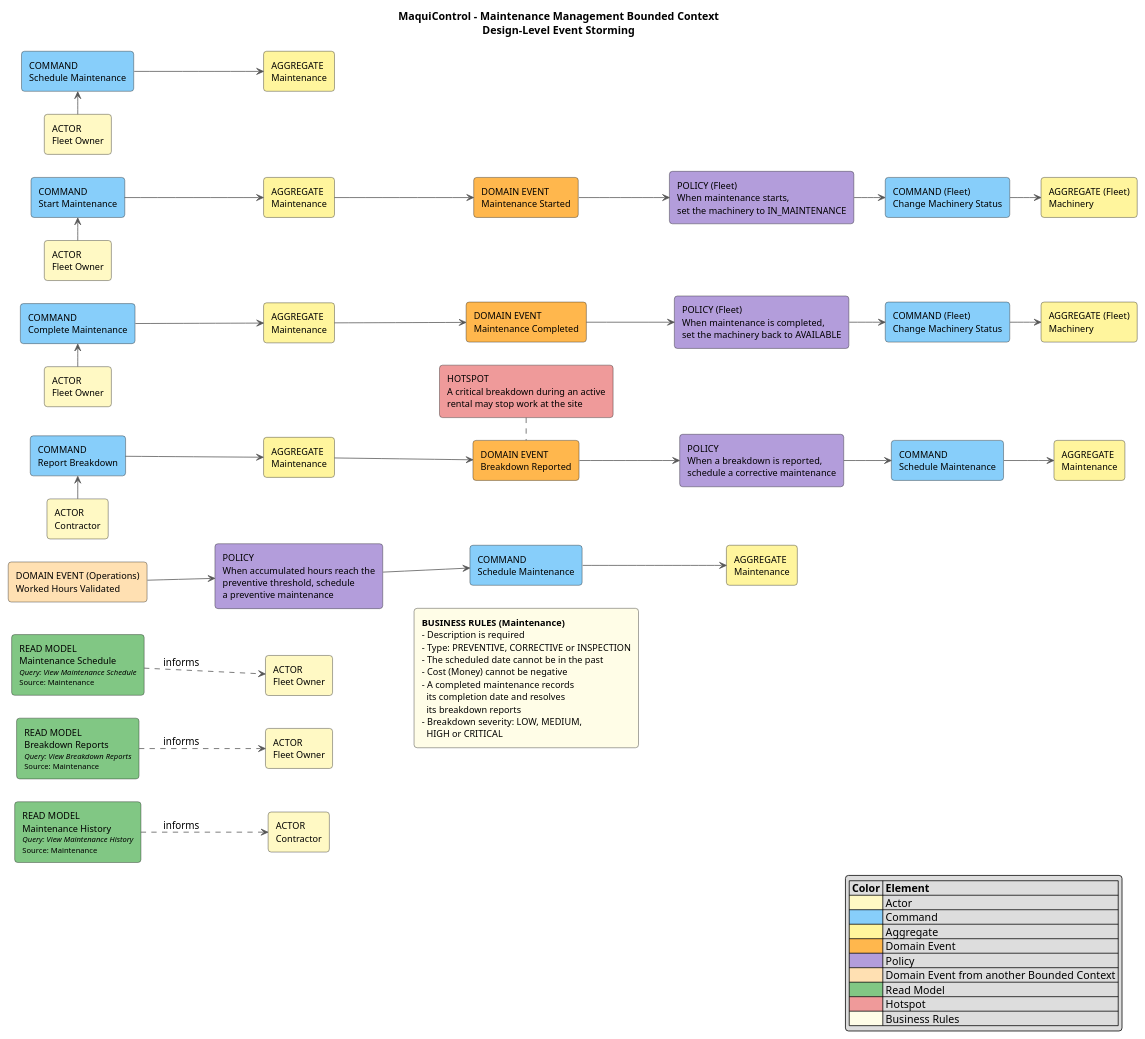
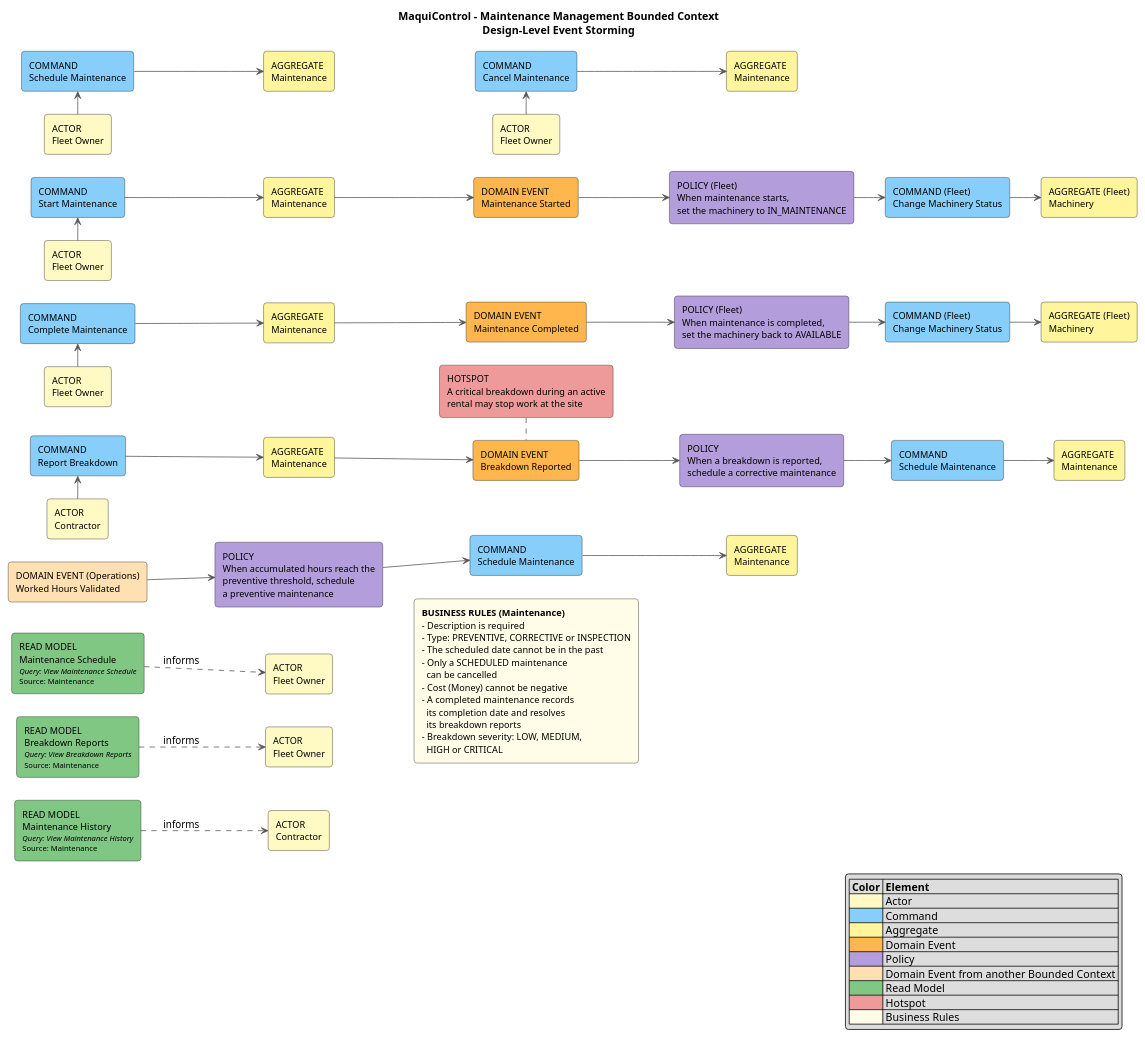
One commit to upc-pre-202620-1asi0729-7750-heavytech/maquicontrol-report changed the diagram in docs/architecture/event-storming/maintenance-management-design-level.puml. Above: the diagram before and after it, drawn with PlantUML. The commit also changed 5 other files, not shown here.

Commit message:
docs(event-storming): add cancel maintenance and align profile creation and sign-up roles with the backend

```diff
--- a/docs/architecture/event-storming/maintenance-management-design-level.puml
+++ b/docs/architecture/event-storming/maintenance-management-design-level.puml
@@ -1,101 +1,107 @@
 @startuml
 title MaquiControl - Maintenance Management Bounded Context\nDesign-Level Event Storming
 
 left to right direction
 skinparam shadowing false
 skinparam roundcorner 8
 skinparam defaultFontName Arial
 skinparam rectangleFontSize 12
 skinparam ArrowColor #555555
 skinparam noteBorderColor #BDB76B
 skinparam nodesep 30
 skinparam ranksep 40
 
 rectangle "COMMAND\nSchedule Maintenance" as CMD_1 #87CEFA
 rectangle "ACTOR\nFleet Owner" as ACT_2 #FFF9C4
 ACT_2 -left-> CMD_1
 rectangle "AGGREGATE\nMaintenance" as AGG_3 #FFF59D
 CMD_1 --> AGG_3
-rectangle "COMMAND\nStart Maintenance" as CMD_4 #87CEFA
+rectangle "COMMAND\nCancel Maintenance" as CMD_4 #87CEFA
 rectangle "ACTOR\nFleet Owner" as ACT_5 #FFF9C4
 ACT_5 -left-> CMD_4
 rectangle "AGGREGATE\nMaintenance" as AGG_6 #FFF59D
 CMD_4 --> AGG_6
-rectangle "DOMAIN EVENT\nMaintenance Started" as EVT_7 #FFB74D
-AGG_6 --> EVT_7
-rectangle "POLICY (Fleet)\nWhen maintenance starts,\nset the machinery to IN_MAINTENANCE" as POL_8 #B39DDB
-EVT_7 --> POL_8
-rectangle "COMMAND (Fleet)\nChange Machinery Status" as CMD_9 #87CEFA
-POL_8 --> CMD_9
-rectangle "AGGREGATE (Fleet)\nMachinery" as AGG_10 #FFF59D
-CMD_9 --> AGG_10
-rectangle "COMMAND\nComplete Maintenance" as CMD_11 #87CEFA
-rectangle "ACTOR\nFleet Owner" as ACT_12 #FFF9C4
-ACT_12 -left-> CMD_11
-rectangle "AGGREGATE\nMaintenance" as AGG_13 #FFF59D
-CMD_11 --> AGG_13
-rectangle "DOMAIN EVENT\nMaintenance Completed" as EVT_14 #FFB74D
-AGG_13 --> EVT_14
-rectangle "POLICY (Fleet)\nWhen maintenance is completed,\nset the machinery back to AVAILABLE" as POL_15 #B39DDB
-EVT_14 --> POL_15
-rectangle "COMMAND (Fleet)\nChange Machinery Status" as CMD_16 #87CEFA
-POL_15 --> CMD_16
-rectangle "AGGREGATE (Fleet)\nMachinery" as AGG_17 #FFF59D
-CMD_16 --> AGG_17
-rectangle "COMMAND\nReport Breakdown" as CMD_18 #87CEFA
-rectangle "ACTOR\nContractor" as ACT_19 #FFF9C4
-ACT_19 -left-> CMD_18
-rectangle "AGGREGATE\nMaintenance" as AGG_20 #FFF59D
-CMD_18 --> AGG_20
-rectangle "DOMAIN EVENT\nBreakdown Reported" as EVT_21 #FFB74D
-AGG_20 --> EVT_21
-rectangle "POLICY\nWhen a breakdown is reported,\nschedule a corrective maintenance" as POL_22 #B39DDB
-EVT_21 --> POL_22
-rectangle "COMMAND\nSchedule Maintenance" as CMD_23 #87CEFA
-POL_22 --> CMD_23
-rectangle "AGGREGATE\nMaintenance" as AGG_24 #FFF59D
-CMD_23 --> AGG_24
-rectangle "HOTSPOT\nA critical breakdown during an active\nrental may stop work at the site" as HOT_25 #EF9A9A
-HOT_25 .right. EVT_21
-rectangle "DOMAIN EVENT (Operations)\nWorked Hours Validated" as XEVT_26 #FFE0B2
-rectangle "POLICY\nWhen accumulated hours reach the\npreventive threshold, schedule\na preventive maintenance" as POL_27 #B39DDB
-XEVT_26 --> POL_27
-rectangle "COMMAND\nSchedule Maintenance" as CMD_28 #87CEFA
-POL_27 --> CMD_28
-rectangle "AGGREGATE\nMaintenance" as AGG_29 #FFF59D
-CMD_28 --> AGG_29
-rectangle "<b>BUSINESS RULES (Maintenance)</b>\n- Description is required\n- Type: PREVENTIVE, CORRECTIVE or INSPECTION\n- The scheduled date cannot be in the past\n- Cost (Money) cannot be negative\n- A completed maintenance records\n  its completion date and resolves\n  its breakdown reports\n- Breakdown severity: LOW, MEDIUM,\n  HIGH or CRITICAL" as BR_30 #FFFDE7
-rectangle "READ MODEL\nMaintenance Schedule\n<size:10><i>Query: View Maintenance Schedule</i></size>\n<size:10>Source: Maintenance</size>" as RM_31 #81C784
-rectangle "ACTOR\nFleet Owner" as ACT_32 #FFF9C4
-RM_31 ..> ACT_32 : informs
-rectangle "READ MODEL\nBreakdown Reports\n<size:10><i>Query: View Breakdown Reports</i></size>\n<size:10>Source: Maintenance</size>" as RM_33 #81C784
-rectangle "ACTOR\nFleet Owner" as ACT_34 #FFF9C4
-RM_33 ..> ACT_34 : informs
-rectangle "READ MODEL\nMaintenance History\n<size:10><i>Query: View Maintenance History</i></size>\n<size:10>Source: Maintenance</size>" as RM_35 #81C784
-rectangle "ACTOR\nContractor" as ACT_36 #FFF9C4
-RM_35 ..> ACT_36 : informs
+AGG_3 -[hidden]-> CMD_4
+rectangle "COMMAND\nStart Maintenance" as CMD_7 #87CEFA
+rectangle "ACTOR\nFleet Owner" as ACT_8 #FFF9C4
+ACT_8 -left-> CMD_7
+rectangle "AGGREGATE\nMaintenance" as AGG_9 #FFF59D
+CMD_7 --> AGG_9
+rectangle "DOMAIN EVENT\nMaintenance Started" as EVT_10 #FFB74D
+AGG_9 --> EVT_10
+rectangle "POLICY (Fleet)\nWhen maintenance starts,\nset the machinery to IN_MAINTENANCE" as POL_11 #B39DDB
+EVT_10 --> POL_11
+rectangle "COMMAND (Fleet)\nChange Machinery Status" as CMD_12 #87CEFA
+POL_11 --> CMD_12
+rectangle "AGGREGATE (Fleet)\nMachinery" as AGG_13 #FFF59D
+CMD_12 --> AGG_13
+rectangle "COMMAND\nComplete Maintenance" as CMD_14 #87CEFA
+rectangle "ACTOR\nFleet Owner" as ACT_15 #FFF9C4
+ACT_15 -left-> CMD_14
+rectangle "AGGREGATE\nMaintenance" as AGG_16 #FFF59D
+CMD_14 --> AGG_16
+rectangle "DOMAIN EVENT\nMaintenance Completed" as EVT_17 #FFB74D
+AGG_16 --> EVT_17
+rectangle "POLICY (Fleet)\nWhen maintenance is completed,\nset the machinery back to AVAILABLE" as POL_18 #B39DDB
+EVT_17 --> POL_18
+rectangle "COMMAND (Fleet)\nChange Machinery Status" as CMD_19 #87CEFA
+POL_18 --> CMD_19
+rectangle "AGGREGATE (Fleet)\nMachinery" as AGG_20 #FFF59D
+CMD_19 --> AGG_20
+rectangle "COMMAND\nReport Breakdown" as CMD_21 #87CEFA
+rectangle "ACTOR\nContractor" as ACT_22 #FFF9C4
+ACT_22 -left-> CMD_21
+rectangle "AGGREGATE\nMaintenance" as AGG_23 #FFF59D
+CMD_21 --> AGG_23
+rectangle "DOMAIN EVENT\nBreakdown Reported" as EVT_24 #FFB74D
+AGG_23 --> EVT_24
+rectangle "POLICY\nWhen a breakdown is reported,\nschedule a corrective maintenance" as POL_25 #B39DDB
+EVT_24 --> POL_25
+rectangle "COMMAND\nSchedule Maintenance" as CMD_26 #87CEFA
+POL_25 --> CMD_26
+rectangle "AGGREGATE\nMaintenance" as AGG_27 #FFF59D
+CMD_26 --> AGG_27
+rectangle "HOTSPOT\nA critical breakdown during an active\nrental may stop work at the site" as HOT_28 #EF9A9A
+HOT_28 .right. EVT_24
+rectangle "DOMAIN EVENT (Operations)\nWorked Hours Validated" as XEVT_29 #FFE0B2
+rectangle "POLICY\nWhen accumulated hours reach the\npreventive threshold, schedule\na preventive maintenance" as POL_30 #B39DDB
+XEVT_29 --> POL_30
+rectangle "COMMAND\nSchedule Maintenance" as CMD_31 #87CEFA
+POL_30 --> CMD_31
+rectangle "AGGREGATE\nMaintenance" as AGG_32 #FFF59D
+CMD_31 --> AGG_32
+rectangle "<b>BUSINESS RULES (Maintenance)</b>\n- Description is required\n- Type: PREVENTIVE, CORRECTIVE or INSPECTION\n- The scheduled date cannot be in the past\n- Only a SCHEDULED maintenance\n  can be cancelled\n- Cost (Money) cannot be negative\n- A completed maintenance records\n  its completion date and resolves\n  its breakdown reports\n- Breakdown severity: LOW, MEDIUM,\n  HIGH or CRITICAL" as BR_33 #FFFDE7
+rectangle "READ MODEL\nMaintenance Schedule\n<size:10><i>Query: View Maintenance Schedule</i></size>\n<size:10>Source: Maintenance</size>" as RM_34 #81C784
+rectangle "ACTOR\nFleet Owner" as ACT_35 #FFF9C4
+RM_34 ..> ACT_35 : informs
+rectangle "READ MODEL\nBreakdown Reports\n<size:10><i>Query: View Breakdown Reports</i></size>\n<size:10>Source: Maintenance</size>" as RM_36 #81C784
+rectangle "ACTOR\nFleet Owner" as ACT_37 #FFF9C4
+RM_36 ..> ACT_37 : informs
+rectangle "READ MODEL\nMaintenance History\n<size:10><i>Query: View Maintenance History</i></size>\n<size:10>Source: Maintenance</size>" as RM_38 #81C784
+rectangle "ACTOR\nContractor" as ACT_39 #FFF9C4
+RM_38 ..> ACT_39 : informs
 
 ' Flows are stacked from top to bottom; each one reads left to right
-CMD_4 -[hidden]left-> CMD_1
-CMD_11 -[hidden]left-> CMD_4
-CMD_18 -[hidden]left-> CMD_11
-XEVT_26 -[hidden]left-> CMD_18
-RM_31 -[hidden]left-> XEVT_26
-RM_33 -[hidden]left-> RM_31
-RM_35 -[hidden]left-> RM_33
-ACT_32 -[hidden]-> BR_30
+CMD_7 -[hidden]left-> CMD_1
+CMD_14 -[hidden]left-> CMD_7
+CMD_21 -[hidden]left-> CMD_14
+XEVT_29 -[hidden]left-> CMD_21
+RM_34 -[hidden]left-> XEVT_29
+RM_36 -[hidden]left-> RM_34
+RM_38 -[hidden]left-> RM_36
+ACT_35 -[hidden]-> BR_33
 
 legend right
 |= Color |= Element |
 |<#FFF9C4>| Actor |
 |<#87CEFA>| Command |
 |<#FFF59D>| Aggregate |
 |<#FFB74D>| Domain Event |
 |<#B39DDB>| Policy |
 |<#FFE0B2>| Domain Event from another Bounded Context |
 |<#81C784>| Read Model |
 |<#EF9A9A>| Hotspot |
 |<#FFFDE7>| Business Rules |
 endlegend
 
 @enduml
```
